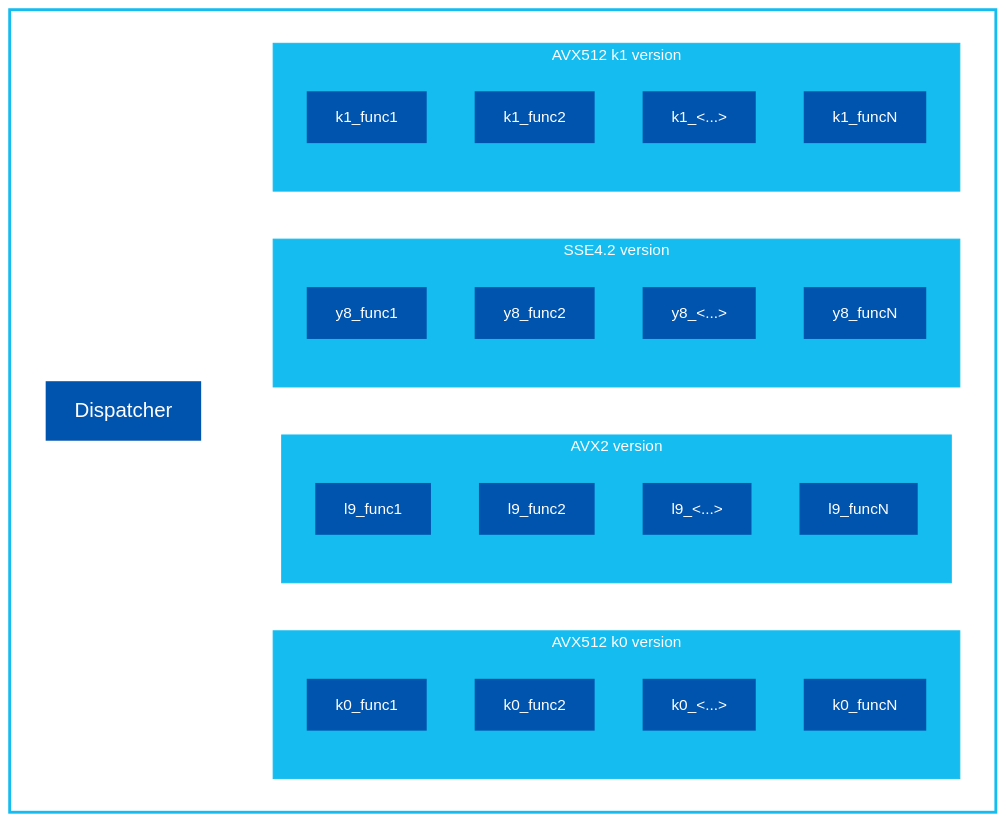
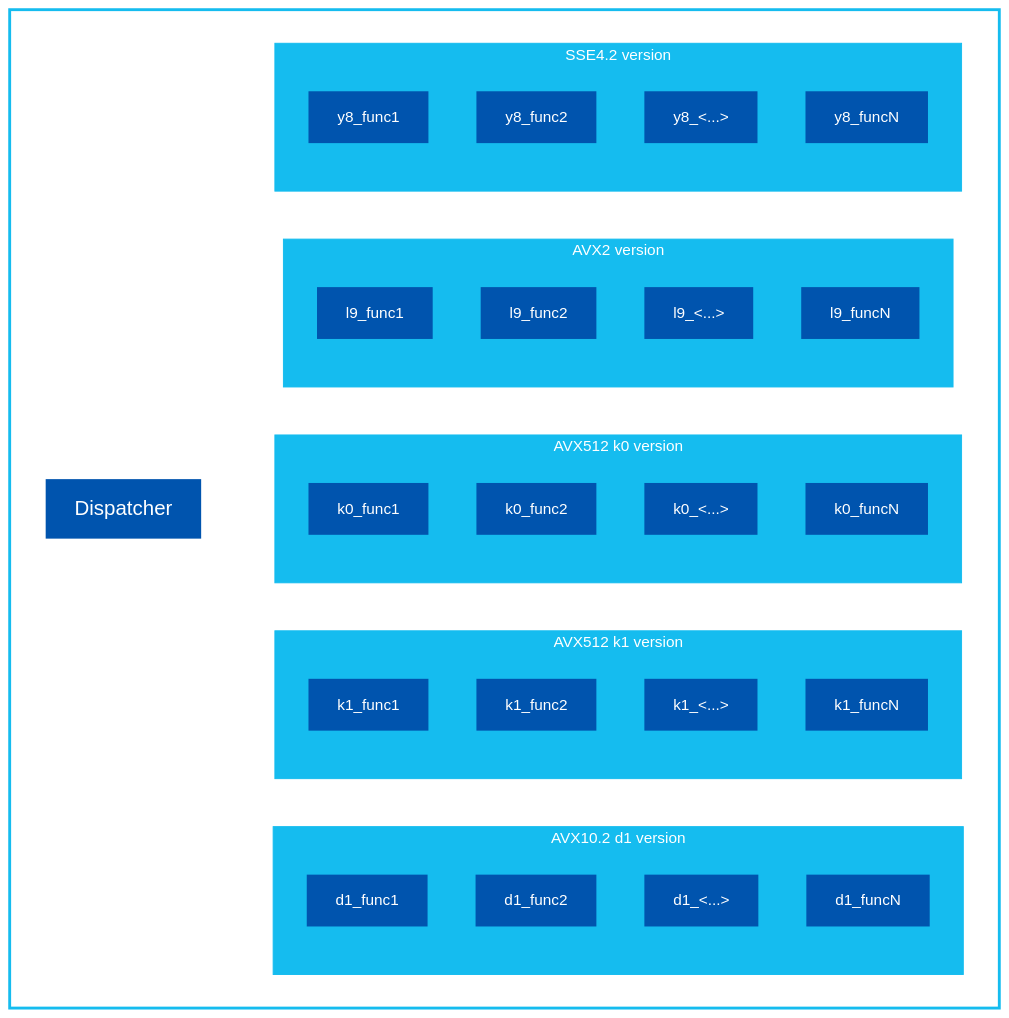
The third of 3 diagrams in OVERVIEW.md (intel/cryptography-primitives), drawn with Mermaid before and after one commit. The commit also changed other lines of this file and 43 other files, not shown here.

````diff
--- a/OVERVIEW.md
+++ b/OVERVIEW.md
@@ -255,51 +258,60 @@
 ```mermaid
 flowchart TD
     %% Style for classes
     classDef class1 fill:#0054AE, stroke:none, color:#FFFFFF, font-size:16pt
     classDef class2 fill:#0054AE, stroke:none, color:#FFFFFF, font-size:12pt
         subgraph base[" "]
 
             Dispatcher["Dispatcher"]:::class1
-
-            subgraph y8_graph["SSE4.2 version"]
-               y8_1["y8_func1"]:::class2
-                y8_2["y8_func2"]:::class2
-                y8_3["y8_<...>"]:::class2
-                y8_4["y8_funcN"]:::class2
-            end
 
             subgraph l9_graph["AVX2 version"]
                 l9_1["l9_func1"]:::class2
                 l9_2["l9_func2"]:::class2
                 l9_3["l9_<...>"]:::class2
                 l9_4["l9_funcN"]:::class2
             end
 
             subgraph k0_graph["AVX512 k0 version"]
                 k0_1["k0_func1"]:::class2
                 k0_2["k0_func2"]:::class2
                 k0_3["k0_<...>"]:::class2
                 k0_4["k0_funcN"]:::class2
             end
 
             subgraph k1_graph["AVX512 k1 version"]
                 k1_1["k1_func1"]:::class2
                 k1_2["k1_func2"]:::class2
                 k1_3["k1_<...>"]:::class2
                 k1_4["k1_funcN"]:::class2
             end
 
+            subgraph d1_graph["AVX10.2 d1 version"]
+                d1_1["d1_func1"]:::class2
+                d1_2["d1_func2"]:::class2
+                d1_3["d1_<...>"]:::class2
+                d1_4["d1_funcN"]:::class2
+            end
+
+            subgraph y8_graph["SSE4.2 version"]
+                y8_1["y8_func1"]:::class2
+                y8_2["y8_func2"]:::class2
+                y8_3["y8_<...>"]:::class2
+                y8_4["y8_funcN"]:::class2
+            end
+
             Dispatcher ~~~ y8_graph
             Dispatcher ~~~ l9_graph
             Dispatcher ~~~ k0_graph
             Dispatcher ~~~ k1_graph
+            Dispatcher ~~~ d1_graph
         end
 
     %% Style for subgraphs
     style y8_graph fill:#15BCEF, stroke:#15BCEF, color:#FFFFFF
     style l9_graph fill:#15BCEF, stroke:#15BCEF, color:#FFFFFF
     style k0_graph fill:#15BCEF, stroke:#15BCEF, color:#FFFFFF
     style k1_graph fill:#15BCEF, stroke:#15BCEF, color:#FFFFFF
+    style d1_graph fill:#15BCEF, stroke:#15BCEF, color:#FFFFFF
 
     style base fill:none, stroke:#15BCEF, stroke-width:3px, color:#0054AE, font-size:16pt
 ```
````
